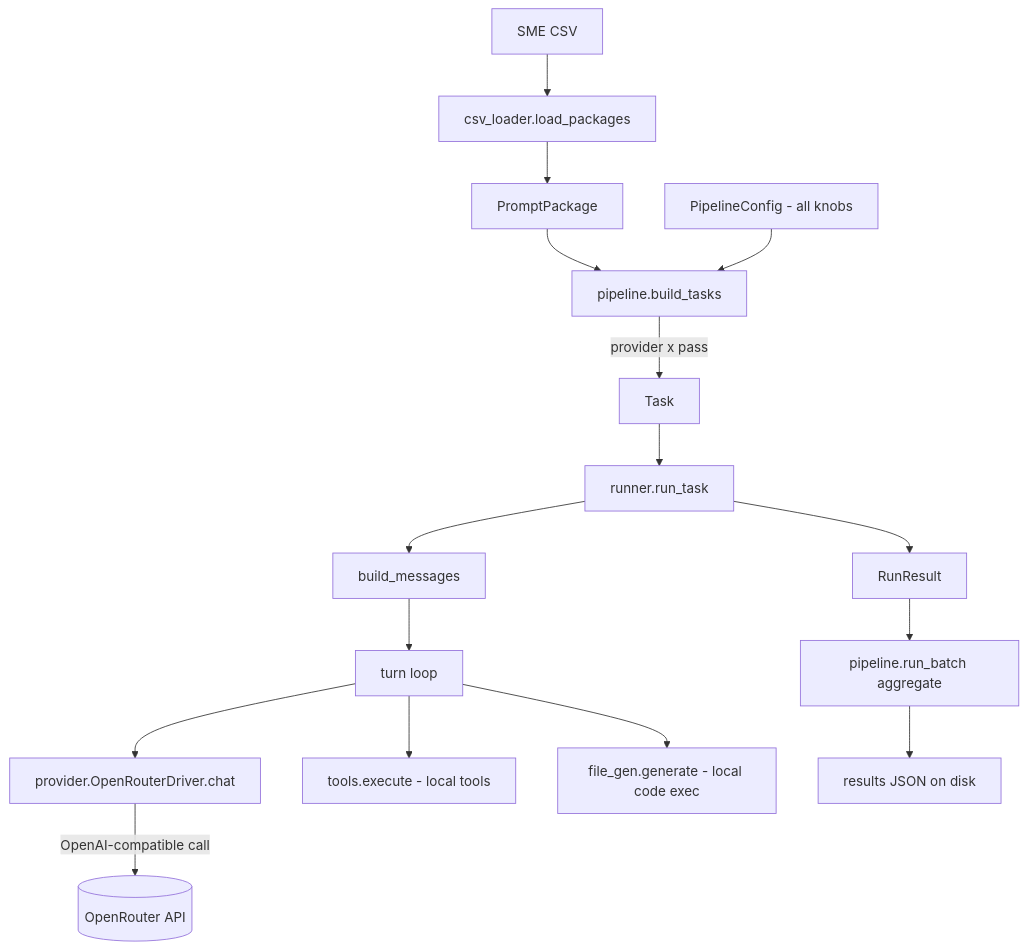
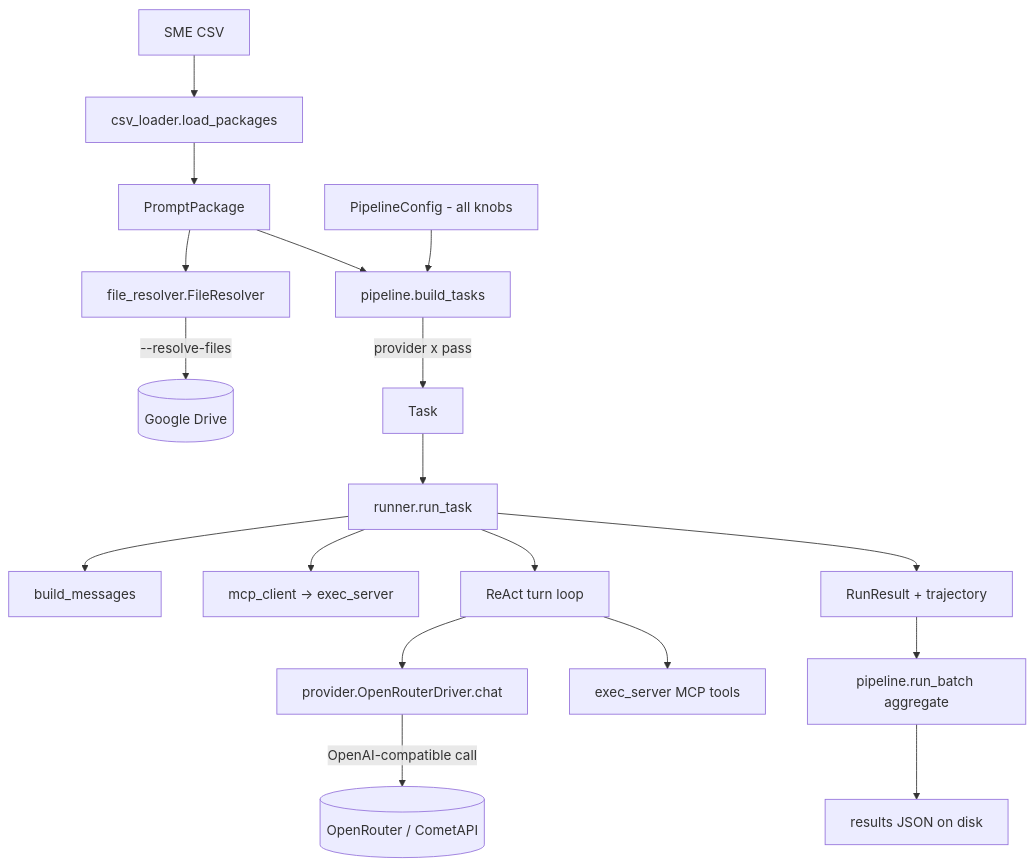
Before and after one commit to tanm-ast-deccan/dra-response-gen: the diagram in dra_harness/DATAFLOW.md, drawn with Mermaid. The commit also changed other lines of this file and 5 other files, not shown here.

````diff
--- a/dra_harness/DATAFLOW.md
+++ b/dra_harness/DATAFLOW.md
@@ -12,18 +12,20 @@
 ```mermaid
 flowchart TD
     CSV[SME CSV] --> Loader[csv_loader.load_packages]
     Loader --> Pkg[PromptPackage]
+    Pkg --> Resolve[file_resolver.FileResolver]
+    Resolve -->|--resolve-files| Drive[(Google Drive)]
     Pkg --> Fan[pipeline.build_tasks]
     Cfg[PipelineConfig - all knobs] --> Fan
     Fan -->|provider x pass| Task[Task]
     Task --> Runner[runner.run_task]
     Runner --> Build[build_messages]
-    Build --> Loop[turn loop]
+    Runner --> MCP[mcp_client -> exec_server]
+    Runner --> Loop[ReAct turn loop]
     Loop --> Driver[provider.OpenRouterDriver.chat]
-    Driver -->|OpenAI-compatible call| OR[(OpenRouter API)]
-    Loop --> Tools[tools.execute - local tools]
-    Loop --> FileGen[file_gen.generate - local code exec]
-    Runner --> Result[RunResult]
+    Driver -->|OpenAI-compatible call| OR[(OpenRouter / CometAPI)]
+    Loop --> Tools[exec_server MCP tools]
+    Runner --> Result[RunResult + trajectory]
     Result --> Agg[pipeline.run_batch aggregate]
     Agg --> JSON[results JSON on disk]
 ```
````
